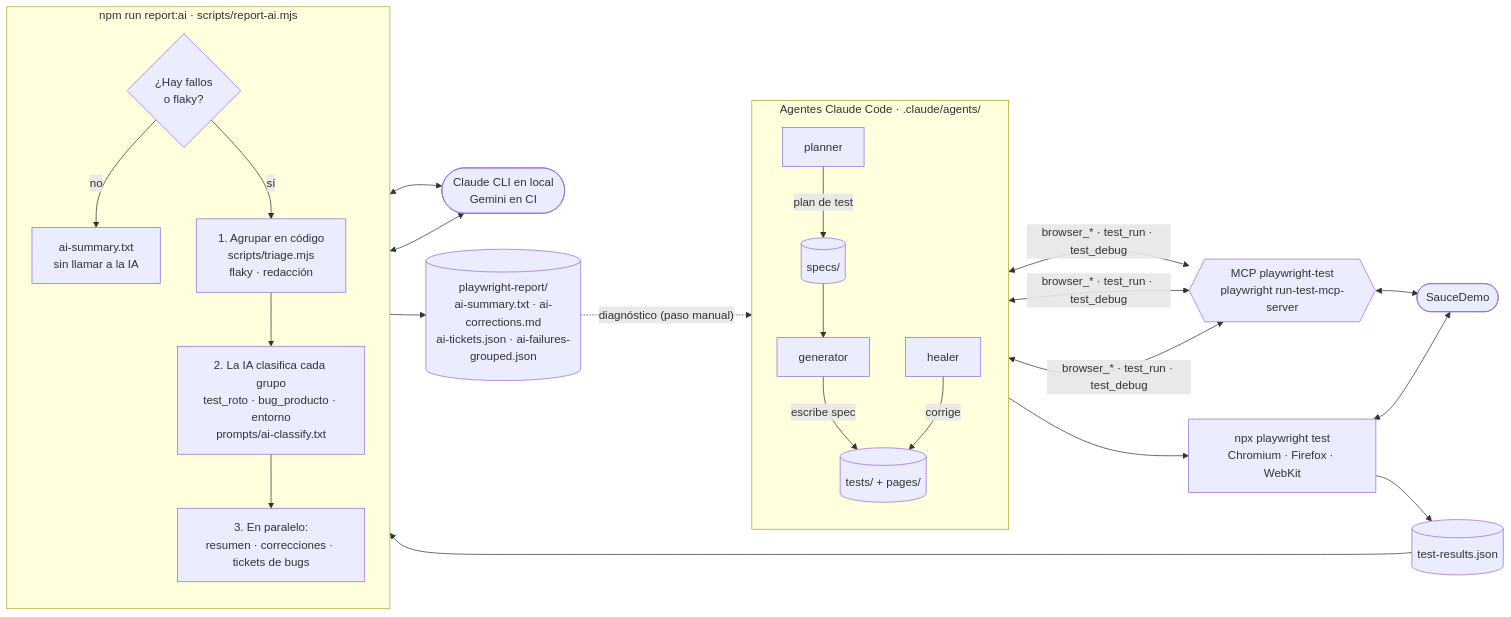
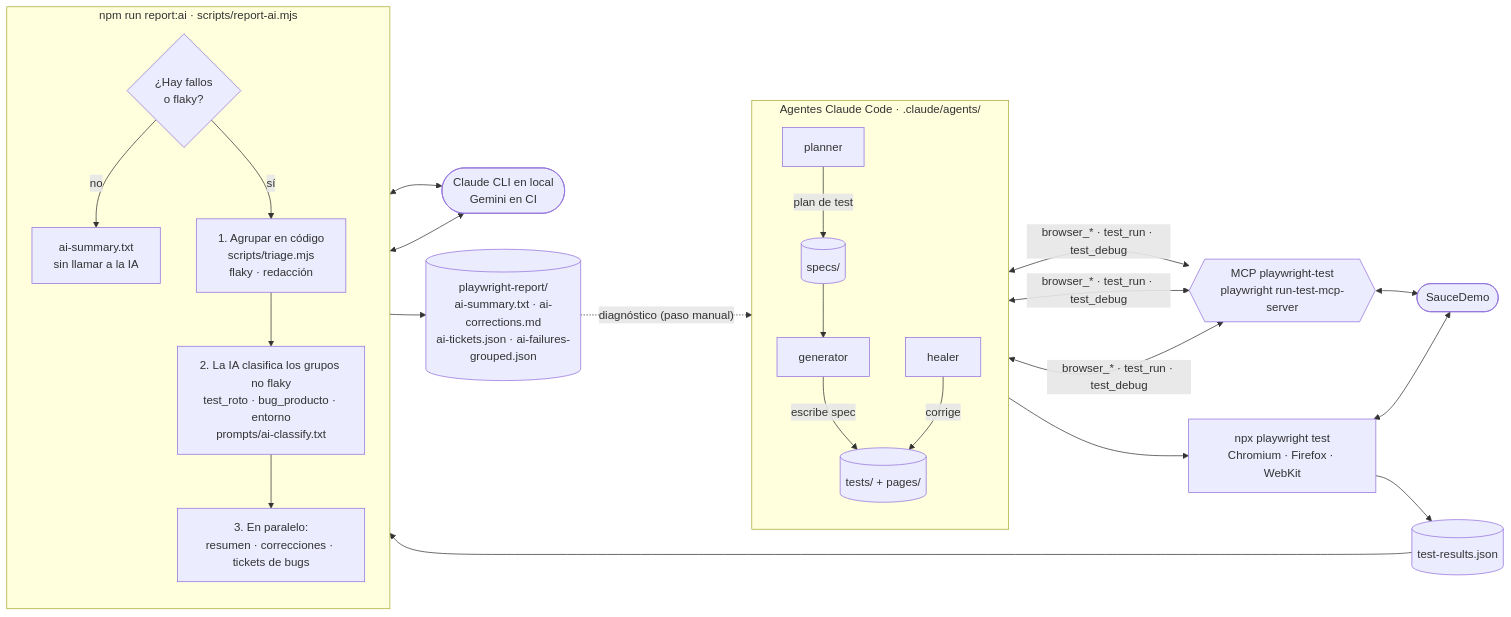
Before and after one commit to StoneFly365/playwright-demo-ia-mcp: the first of 2 diagrams in README.md, drawn with Mermaid. The commit also changed other lines of this file and 5 other files, not shown here.

````diff
--- a/README.md
+++ b/README.md
@@ -22,34 +22,34 @@
 ```mermaid
 flowchart LR
     APP(["SauceDemo"])
 
     subgraph AGENTS ["Agentes Claude Code · .claude/agents/"]
         direction TB
         P["planner"] -->|"plan de test"| SP[("specs/")]
         SP --> G["generator"]
         G -->|"escribe spec"| T[("tests/ + pages/")]
         H["healer"] -->|"corrige"| T
     end
 
     MCP{{"MCP playwright-test<br/>playwright run-test-mcp-server"}}
     P & G & H <-->|"browser_* · test_run · test_debug"| MCP
     MCP <--> APP
 
     T --> RUN["npx playwright test<br/>Chromium · Firefox · WebKit"]
     RUN <--> APP
     RUN --> JSON[("test-results.json")]
 
     subgraph AI ["npm run report:ai · scripts/report-ai.mjs"]
         direction TB
         CHK{"¿Hay fallos<br/>o flaky?"} -->|"no"| OK["ai-summary.txt<br/>sin llamar a la IA"]
         CHK -->|"sí"| GR["1. Agrupar en código<br/>scripts/triage.mjs<br/>flaky · redacción"]
-        GR --> CL["2. La IA clasifica cada grupo<br/>test_roto · bug_producto · entorno<br/>prompts/ai-classify.txt"]
+        GR --> CL["2. La IA clasifica los grupos no flaky<br/>test_roto · bug_producto · entorno<br/>prompts/ai-classify.txt"]
         CL --> PAR["3. En paralelo:<br/>resumen · correcciones · tickets de bugs"]
     end
 
     JSON --> CHK
     LLM(["Claude CLI en local<br/>Gemini en CI"])
     CL & PAR <--> LLM
     PAR --> OUT[("playwright-report/<br/>ai-summary.txt · ai-corrections.md<br/>ai-tickets.json · ai-failures-grouped.json")]
     OUT -.->|"diagnóstico (paso manual)"| H
 ```
````
